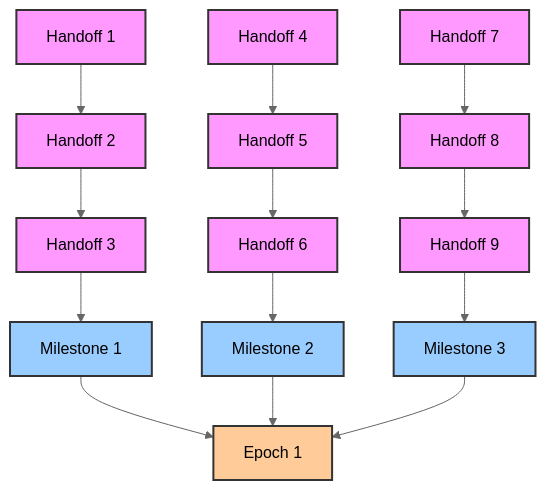
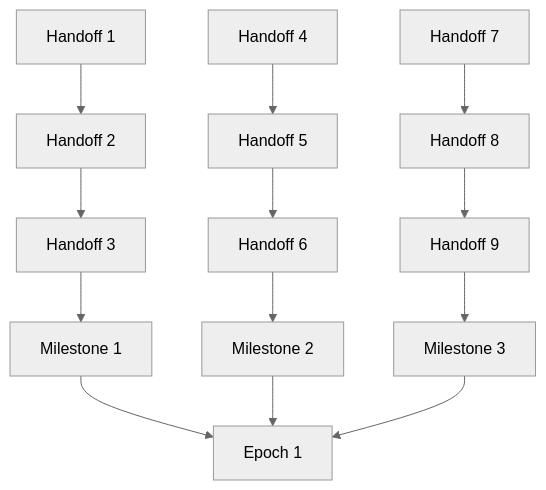
The fifth of 6 diagrams in handoffs/handoff-system.md (xlfish233/RooFlow), drawn with Mermaid (neutral theme) before and after one commit. The commit also changed other lines of this file and 3 other files, not shown here.

Commit message:
Updated user paths and fixed bad mermaid colors

````diff
--- a/handoffs/handoff-system.md
+++ b/handoffs/handoff-system.md
@@ -285,32 +280,18 @@
 ```mermaid
 graph TD
     H1[Handoff 1] --> H2[Handoff 2]
     H2 --> H3[Handoff 3]
     H3 --> M1[Milestone 1]
     
     H4[Handoff 4] --> H5[Handoff 5]
     H5 --> H6[Handoff 6]
     H6 --> M2[Milestone 2]
     
     H7[Handoff 7] --> H8[Handoff 8]
     H8 --> H9[Handoff 9]
     H9 --> M3[Milestone 3]
     
     M1 --> E1[Epoch 1]
     M2 --> E1
     M3 --> E1
-    
-    style H1 fill:#f9f,stroke:#333,stroke-width:2px
-    style H2 fill:#f9f,stroke:#333,stroke-width:2px
-    style H3 fill:#f9f,stroke:#333,stroke-width:2px
-    style H4 fill:#f9f,stroke:#333,stroke-width:2px
-    style H5 fill:#f9f,stroke:#333,stroke-width:2px
-    style H6 fill:#f9f,stroke:#333,stroke-width:2px
-    style H7 fill:#f9f,stroke:#333,stroke-width:2px
-    style H8 fill:#f9f,stroke:#333,stroke-width:2px
-    style H9 fill:#f9f,stroke:#333,stroke-width:2px
-    style M1 fill:#9cf,stroke:#333,stroke-width:2px
-    style M2 fill:#9cf,stroke:#333,stroke-width:2px
-    style M3 fill:#9cf,stroke:#333,stroke-width:2px
-    style E1 fill:#fc9,stroke:#333,stroke-width:2px
 ```
````
